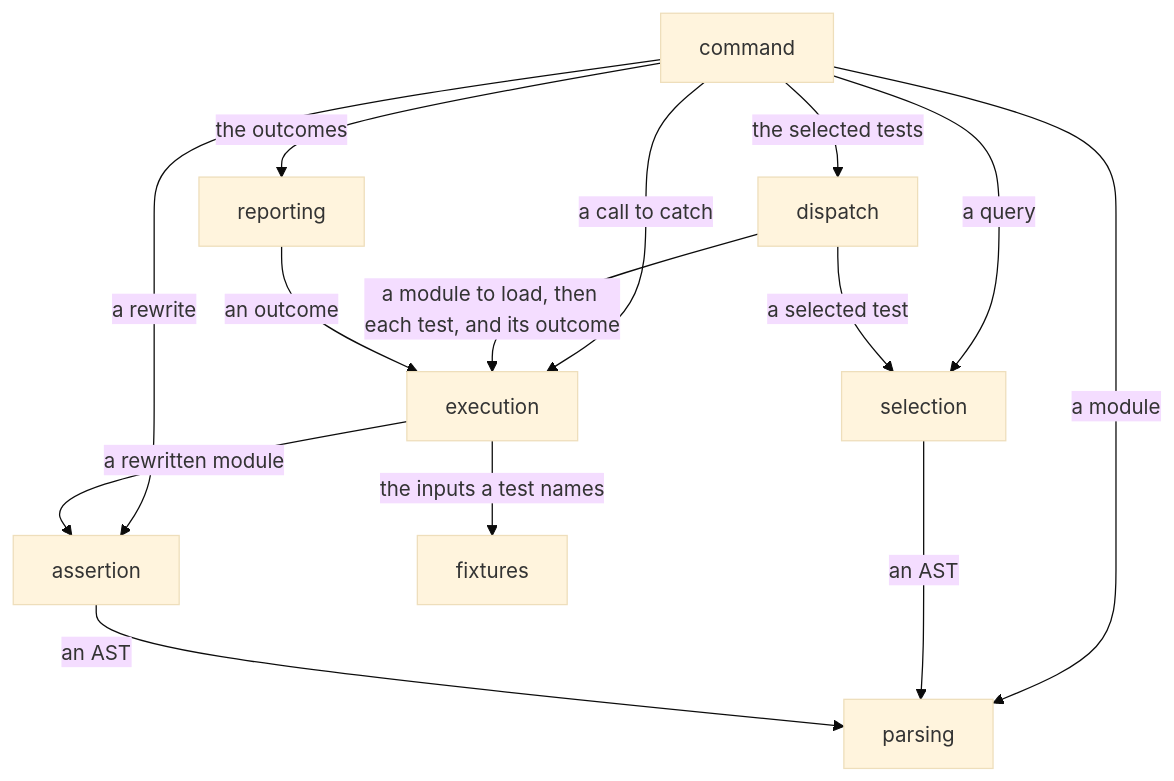
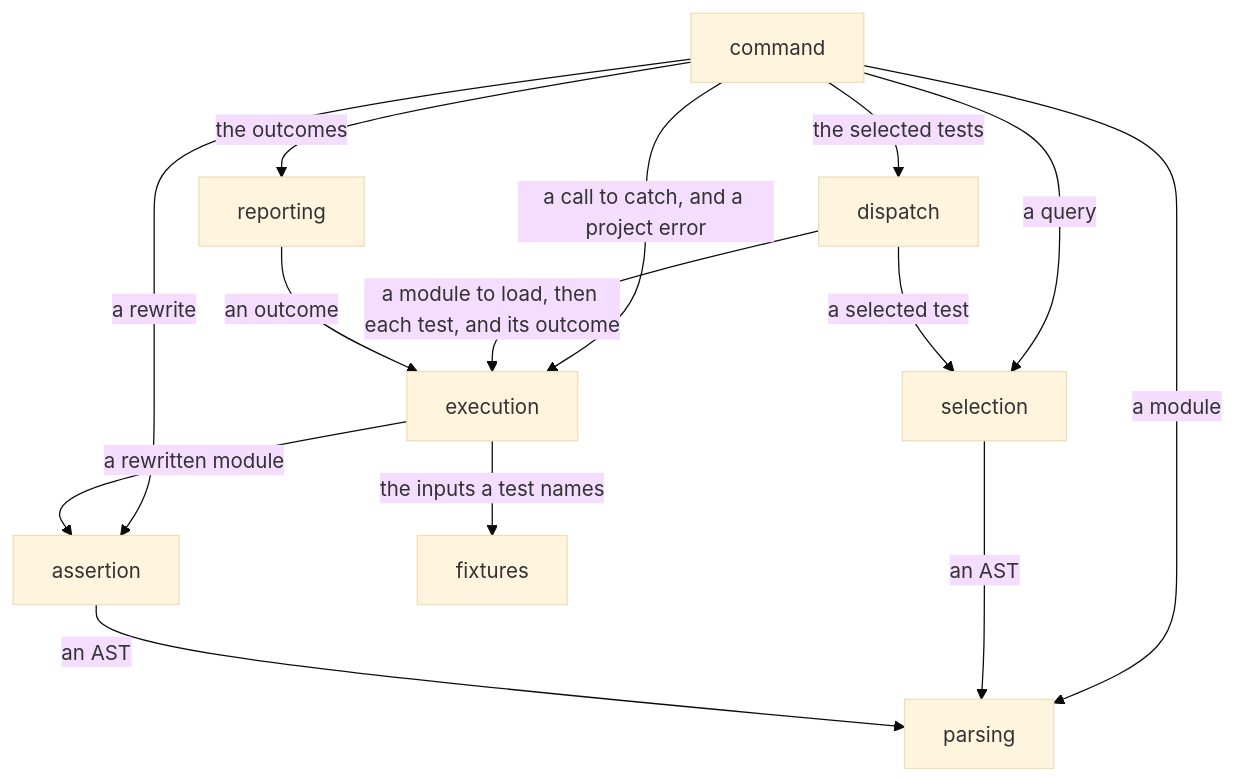
The second of 3 diagrams in LANDSCAPE.md (kalonji-tools/purba), drawn with Mermaid (base theme) before and after one commit. The commit also changed 16 other files, not shown here.

First line of the commit message:
fix: count each error by its kind in execution (#748)

````diff
--- a/LANDSCAPE.md
+++ b/LANDSCAPE.md
@@ -68,16 +68,16 @@
 ```mermaid
 flowchart TD
   command -- "a query" --> selection
   command -- "the selected tests" --> dispatch
   command -- "the outcomes" --> reporting
   command -- "a module" --> parsing
   command -- "a rewrite" --> assertion
-  command -- "a call to catch" --> execution
+  command -- "a call to catch, and a project error" --> execution
   selection -- "an AST" --> parsing
   assertion -- "an AST" --> parsing
   dispatch -- "a selected test" --> selection
   dispatch -- "a module to load, then each test, and its outcome" --> execution
   execution -- "the inputs a test names" --> fixtures
   execution -- "a rewritten module" --> assertion
   reporting -- "an outcome" --> execution
 ```
````
